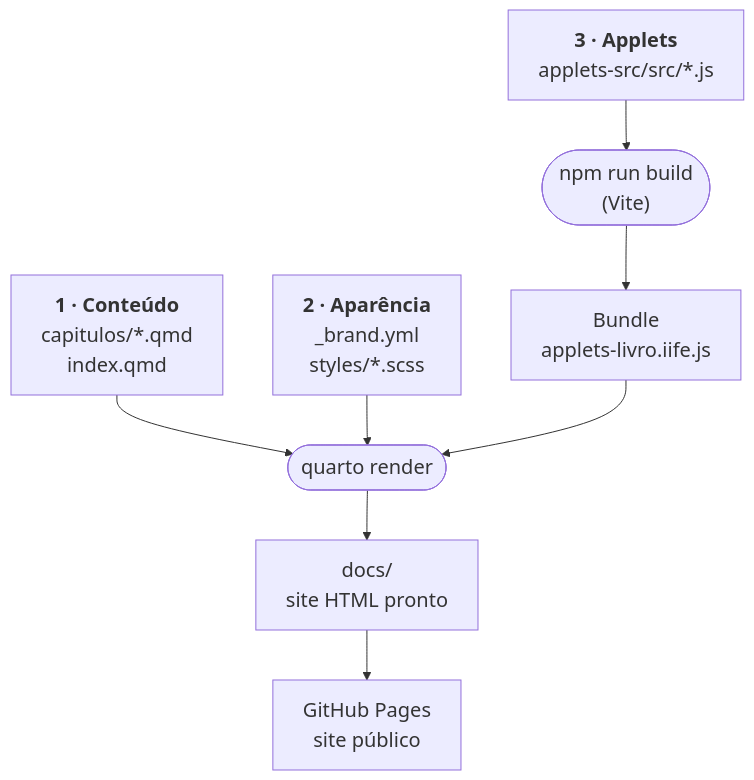
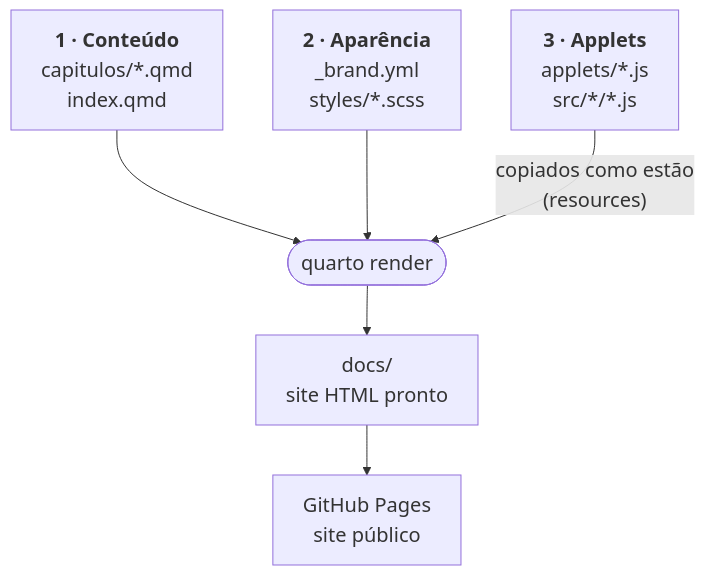
One commit to lcmerlo/livro-online-fcg changed the first of 9 diagrams in _interno/diretrizes/arquitetura.md. Above: the diagram before and after it, drawn with Mermaid. The commit also changed other lines of this file and 9 other files, not shown here.

````diff
--- a/_interno/diretrizes/arquitetura.md
+++ b/_interno/diretrizes/arquitetura.md
@@ -32,17 +32,14 @@
 ```mermaid
 %%{init: {"themeVariables": {"fontSize": "20px"}, "flowchart": {"wrappingWidth": 420}}}%%
 flowchart TD
     qmd["<b>1 · Conteúdo</b><br/>capitulos/*.qmd<br/>index.qmd"]
     estilo["<b>2 · Aparência</b><br/>_brand.yml<br/>styles/*.scss"]
-    src["<b>3 · Applets</b><br/>applets-src/src/*.js"]
-
-    src --> vite(["npm run build<br/>(Vite)"])
-    vite --> bundle["Bundle<br/>applets-livro.iife.js"]
+    src["<b>3 · Applets</b><br/>applets/*.js<br/>src/*/*.js"]
 
     qmd --> render(["quarto render"])
     estilo --> render
-    bundle --> render
+    src -->|"copiados como estão<br/>(resources)"| render
 
     render --> docs["docs/<br/>site HTML pronto"]
     docs --> pages["GitHub Pages<br/>site público"]
 ```
````
